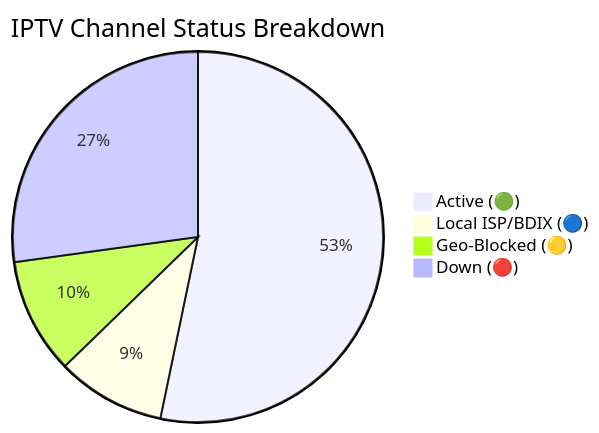
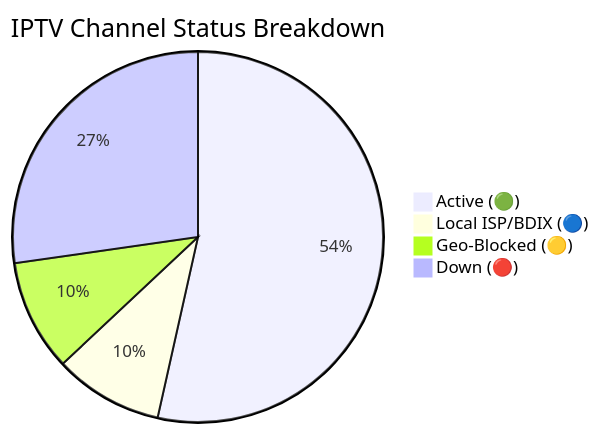
Before and after one commit to f6388600-ai/Web: the diagram in README.md, drawn with Mermaid. The commit also changed other lines of this file and 6 other files, not shown here.

````diff
--- a/README.md
+++ b/README.md
@@ -149,7 +149,7 @@
 ```mermaid
 pie title IPTV Channel Status Breakdown
-    "Active (🟢)" : 9106
+    "Active (🟢)" : 9116
     "Local ISP/BDIX (🔵)" : 1621
-    "Geo-Blocked (🟡)" : 1725
-    "Down (🔴)" : 4646
+    "Geo-Blocked (🟡)" : 1657
+    "Down (🔴)" : 4645
 ```
````
